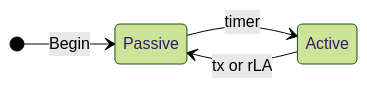
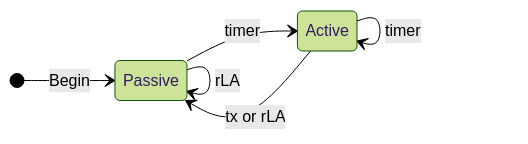
One commit to kebag-logic/lwSRP changed the sixth of 8 diagrams in doc/developer.md. Above: the diagram before and after it, drawn with Mermaid (forest theme). The commit also changed other lines of this file and 6 other files, not shown here.

```diff
--- a/doc/developer.md
+++ b/doc/developer.md
@@ -168,7 +214,9 @@
 ~~~mermaid
 stateDiagram-v2
     direction LR
     [*] --> Passive: Begin
     Passive --> Active: timer
     Active --> Passive: tx or rLA
+    Active --> Active: timer
+    Passive --> Passive: rLA
 ~~~
```
